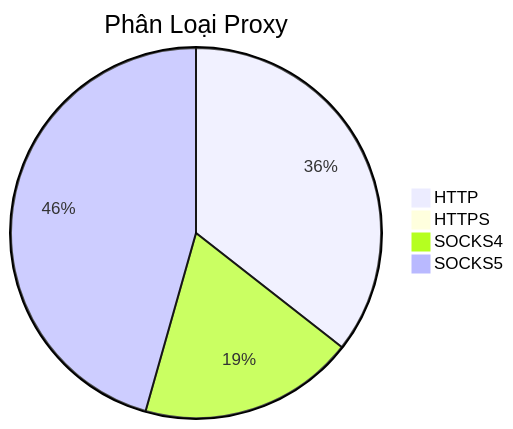
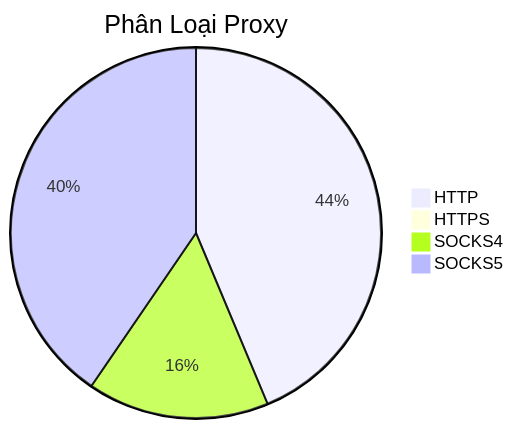
Before and after one commit to Ciara-12/PROXY-free: the diagram in README.md, drawn with Mermaid. The commit also changed other lines of this file and 4 other files, not shown here.

````diff
--- a/README.md
+++ b/README.md
@@ -26,7 +26,7 @@
 ```mermaid
 pie title Phân Loại Proxy
-    "HTTP" : 741
-    "HTTPS" : 0
-    "SOCKS4" : 392
-    "SOCKS5" : 950
+    "HTTP" : 1149
+    "HTTPS" : 1
+    "SOCKS4" : 417
+    "SOCKS5" : 1064
 ```
````
